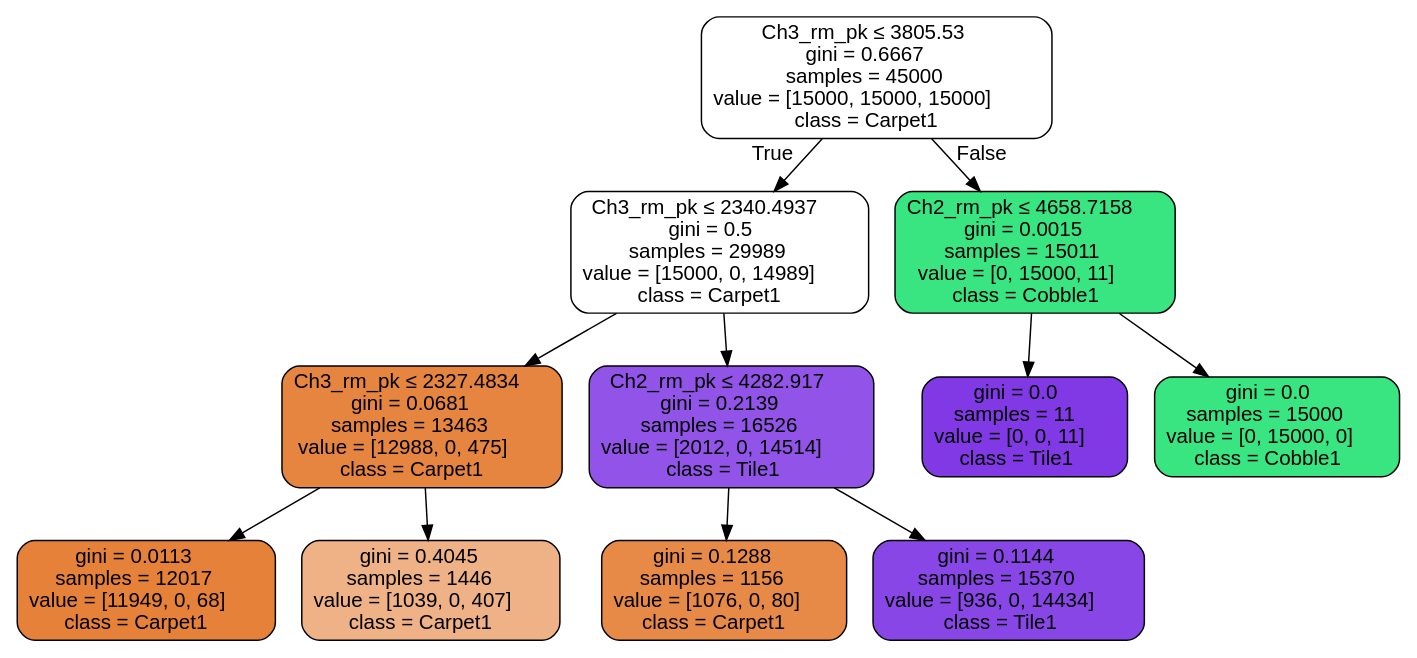
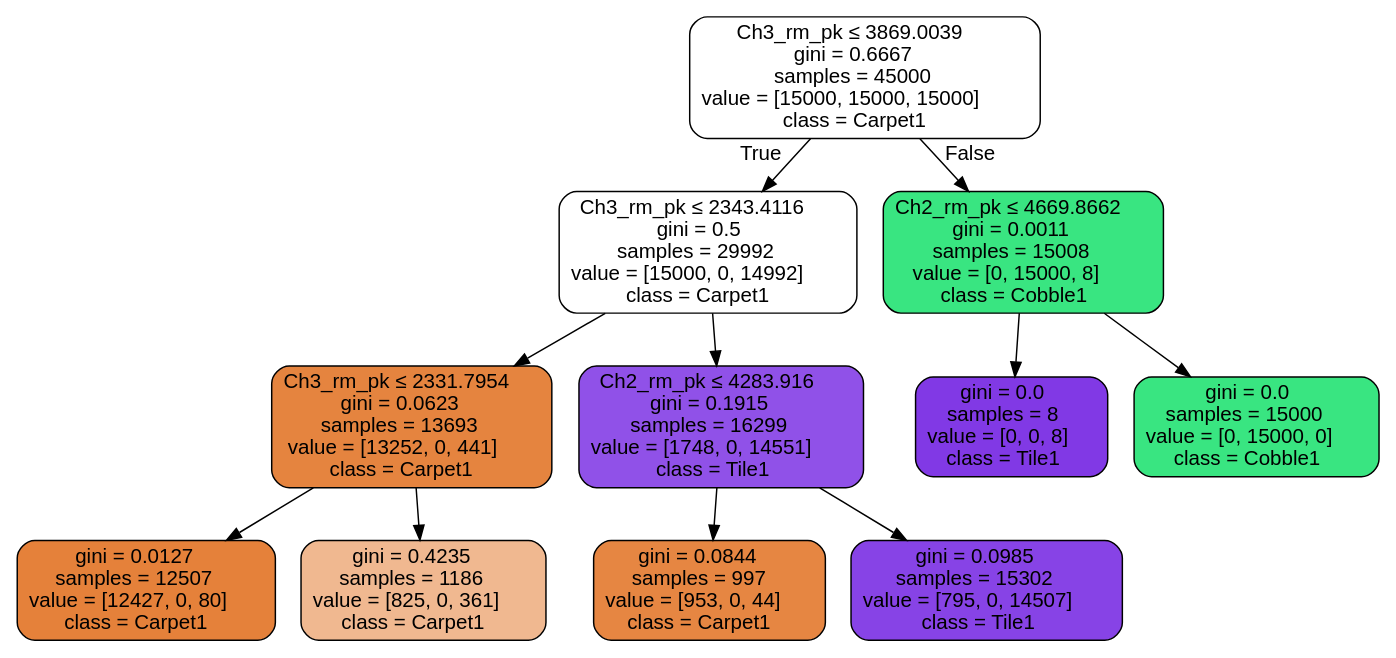
One commit to MoreCoffee12/AccelPlot changed the diagram in PythonScripts/None3.dot. Above: the diagram before and after it, drawn with Graphviz. The commit also changed 12 other files, not shown here.

```diff
--- a/PythonScripts/None3.dot
+++ b/PythonScripts/None3.dot
@@ -1,25 +1,25 @@
 digraph Tree {
 node [shape=box, style="filled, rounded", color="black", fontname=helvetica] ;
 edge [fontname=helvetica] ;
-0 [label=<Ch3_rm_pk &le; 3805.53<br/>gini = 0.6667<br/>samples = 45000<br/>value = [15000, 15000, 15000]<br/>class = Carpet1>, fillcolor="#e5813900"] ;
-1 [label=<Ch3_rm_pk &le; 2340.4937<br/>gini = 0.5<br/>samples = 29989<br/>value = [15000, 0, 14989]<br/>class = Carpet1>, fillcolor="#e5813900"] ;
+0 [label=<Ch3_rm_pk &le; 3869.0039<br/>gini = 0.6667<br/>samples = 45000<br/>value = [15000, 15000, 15000]<br/>class = Carpet1>, fillcolor="#e5813900"] ;
+1 [label=<Ch3_rm_pk &le; 2343.4116<br/>gini = 0.5<br/>samples = 29992<br/>value = [15000, 0, 14992]<br/>class = Carpet1>, fillcolor="#e5813900"] ;
 0 -> 1 [labeldistance=2.5, labelangle=45, headlabel="True"] ;
-2 [label=<Ch3_rm_pk &le; 2327.4834<br/>gini = 0.0681<br/>samples = 13463<br/>value = [12988, 0, 475]<br/>class = Carpet1>, fillcolor="#e58139f6"] ;
+2 [label=<Ch3_rm_pk &le; 2331.7954<br/>gini = 0.0623<br/>samples = 13693<br/>value = [13252, 0, 441]<br/>class = Carpet1>, fillcolor="#e58139f7"] ;
 1 -> 2 ;
-3 [label=<gini = 0.0113<br/>samples = 12017<br/>value = [11949, 0, 68]<br/>class = Carpet1>, fillcolor="#e58139fe"] ;
+3 [label=<gini = 0.0127<br/>samples = 12507<br/>value = [12427, 0, 80]<br/>class = Carpet1>, fillcolor="#e58139fd"] ;
 2 -> 3 ;
-4 [label=<gini = 0.4045<br/>samples = 1446<br/>value = [1039, 0, 407]<br/>class = Carpet1>, fillcolor="#e581399b"] ;
+4 [label=<gini = 0.4235<br/>samples = 1186<br/>value = [825, 0, 361]<br/>class = Carpet1>, fillcolor="#e581398f"] ;
 2 -> 4 ;
-5 [label=<Ch2_rm_pk &le; 4282.917<br/>gini = 0.2139<br/>samples = 16526<br/>value = [2012, 0, 14514]<br/>class = Tile1>, fillcolor="#8139e5dc"] ;
+5 [label=<Ch2_rm_pk &le; 4283.916<br/>gini = 0.1915<br/>samples = 16299<br/>value = [1748, 0, 14551]<br/>class = Tile1>, fillcolor="#8139e5e0"] ;
 1 -> 5 ;
-6 [label=<gini = 0.1288<br/>samples = 1156<br/>value = [1076, 0, 80]<br/>class = Carpet1>, fillcolor="#e58139ec"] ;
+6 [label=<gini = 0.0844<br/>samples = 997<br/>value = [953, 0, 44]<br/>class = Carpet1>, fillcolor="#e58139f3"] ;
 5 -> 6 ;
-7 [label=<gini = 0.1144<br/>samples = 15370<br/>value = [936, 0, 14434]<br/>class = Tile1>, fillcolor="#8139e5ee"] ;
+7 [label=<gini = 0.0985<br/>samples = 15302<br/>value = [795, 0, 14507]<br/>class = Tile1>, fillcolor="#8139e5f1"] ;
 5 -> 7 ;
-8 [label=<Ch2_rm_pk &le; 4658.7158<br/>gini = 0.0015<br/>samples = 15011<br/>value = [0, 15000, 11]<br/>class = Cobble1>, fillcolor="#39e581ff"] ;
+8 [label=<Ch2_rm_pk &le; 4669.8662<br/>gini = 0.0011<br/>samples = 15008<br/>value = [0, 15000, 8]<br/>class = Cobble1>, fillcolor="#39e581ff"] ;
 0 -> 8 [labeldistance=2.5, labelangle=-45, headlabel="False"] ;
-9 [label=<gini = 0.0<br/>samples = 11<br/>value = [0, 0, 11]<br/>class = Tile1>, fillcolor="#8139e5ff"] ;
+9 [label=<gini = 0.0<br/>samples = 8<br/>value = [0, 0, 8]<br/>class = Tile1>, fillcolor="#8139e5ff"] ;
 8 -> 9 ;
 10 [label=<gini = 0.0<br/>samples = 15000<br/>value = [0, 15000, 0]<br/>class = Cobble1>, fillcolor="#39e581ff"] ;
 8 -> 10 ;
 }
```
